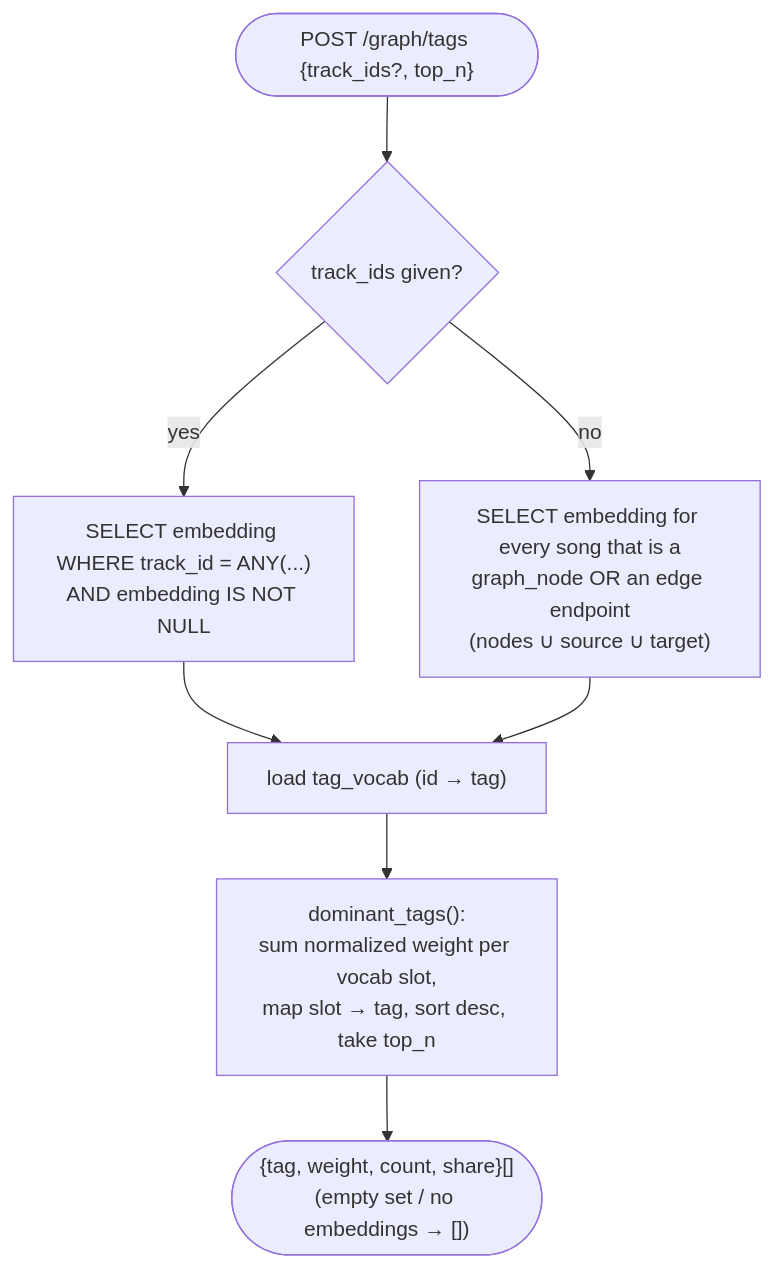
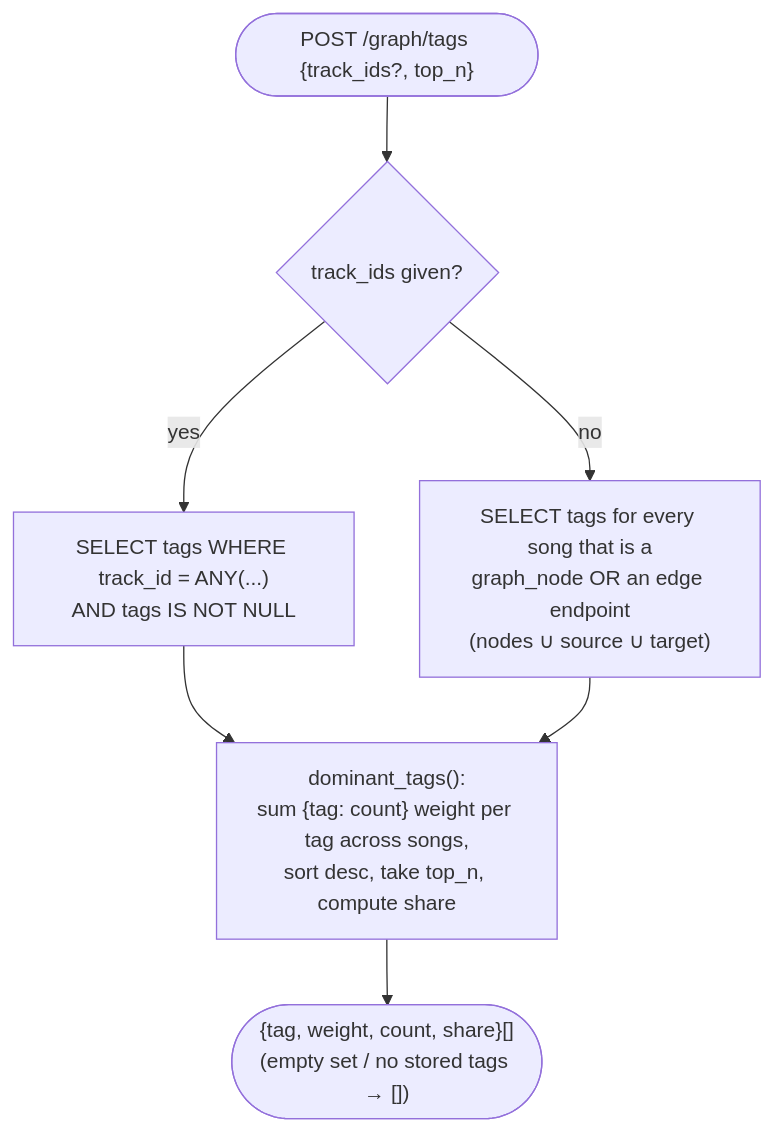
One commit to pedro-boudoux/pyo changed the seventh of 13 diagrams in ARCHITECTURE.md. Above: the diagram before and after it, drawn with Mermaid. The commit also changed other lines of this file and 2 other files, not shown here.

````diff
--- a/ARCHITECTURE.md
+++ b/ARCHITECTURE.md
@@ -268,10 +289,10 @@
 ```mermaid
 flowchart TD
     req(["POST /graph/tags {track_ids?, top_n}"]) --> scope{"track_ids given?"}
-    scope -->|yes| sel1["SELECT embedding WHERE track_id = ANY(...)<br/>AND embedding IS NOT NULL"]
-    scope -->|no| sel2["SELECT embedding for every song that is a<br/>graph_node OR an edge endpoint<br/>(nodes ∪ source ∪ target)"]
-    sel1 --> vocab["load tag_vocab (id → tag)"]
-    sel2 --> vocab
-    vocab --> agg["dominant_tags():<br/>sum normalized weight per vocab slot,<br/>map slot → tag, sort desc, take top_n"]
-    agg --> out(["{tag, weight, count, share}[]<br/>(empty set / no embeddings → [])"])
+    scope -->|yes| sel1["SELECT tags WHERE track_id = ANY(...)<br/>AND tags IS NOT NULL"]
+    scope -->|no| sel2["SELECT tags for every song that is a<br/>graph_node OR an edge endpoint<br/>(nodes ∪ source ∪ target)"]
+    sel1 --> agg
+    sel2 --> agg
+    agg["dominant_tags():<br/>sum {tag: count} weight per tag across songs,<br/>sort desc, take top_n, compute share"]
+    agg --> out(["{tag, weight, count, share}[]<br/>(empty set / no stored tags → [])"])
 ```
````
